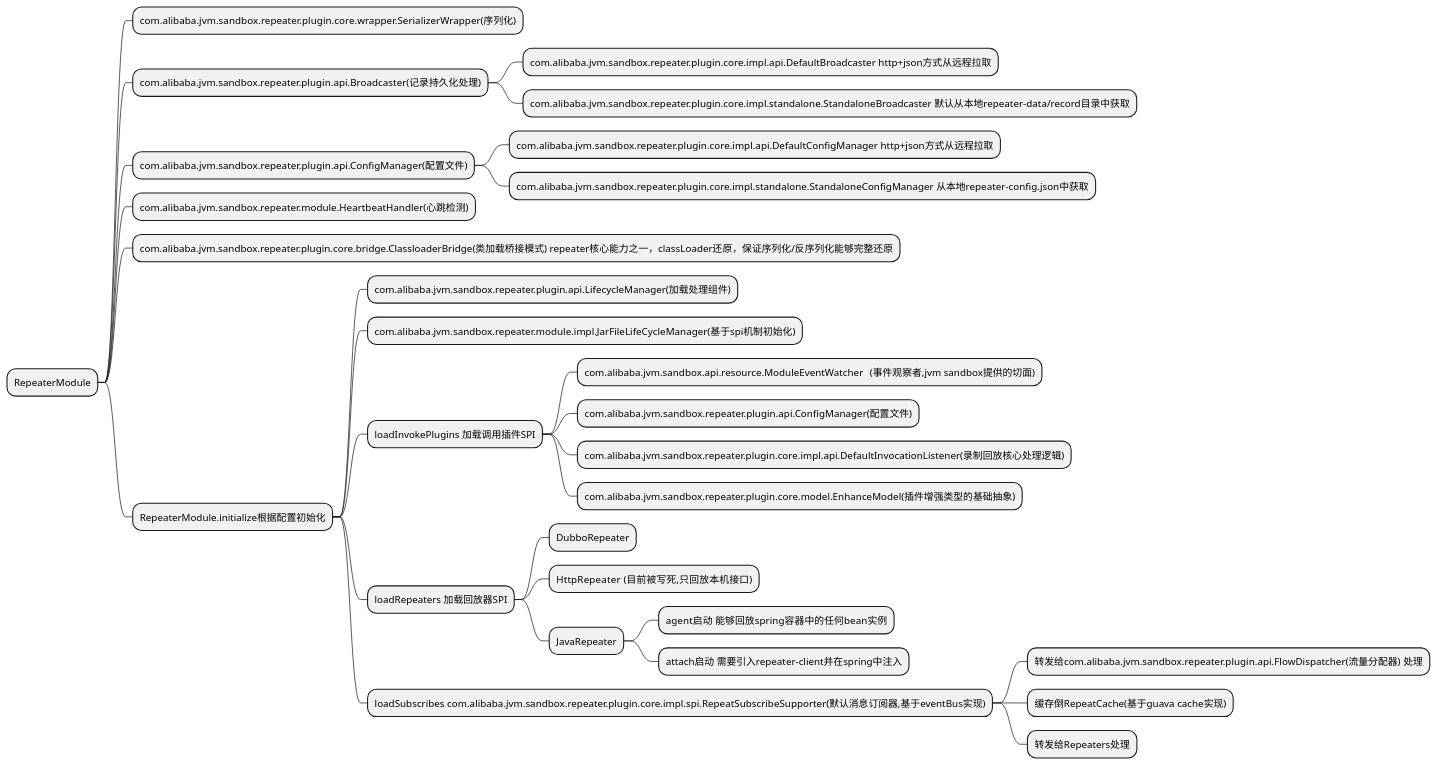
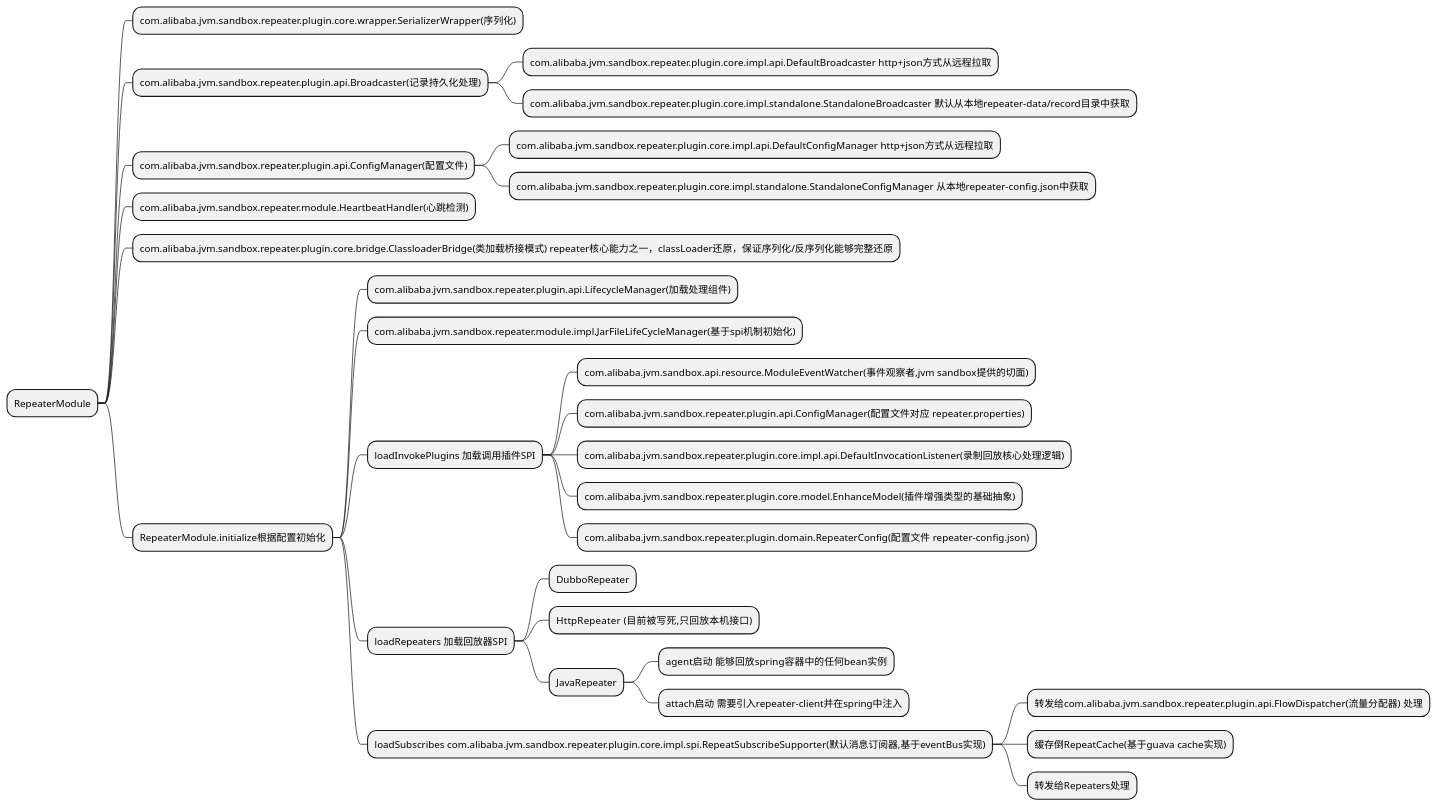
The diagram in code_note/repeater.puml (springCat/jvm-sandbox-repeater), drawn with PlantUML before and after one commit. The commit also changed 5 other files, not shown here.

```diff
--- a/code_note/repeater.puml
+++ b/code_note/repeater.puml
@@ -1,36 +1,42 @@
 @startmindmap
 * RepeaterModule
 
 ** com.alibaba.jvm.sandbox.repeater.plugin.core.wrapper.SerializerWrapper(序列化)
 
 ** com.alibaba.jvm.sandbox.repeater.plugin.api.Broadcaster(记录持久化处理)
 *** com.alibaba.jvm.sandbox.repeater.plugin.core.impl.api.DefaultBroadcaster http+json方式从远程拉取
 *** com.alibaba.jvm.sandbox.repeater.plugin.core.impl.standalone.StandaloneBroadcaster 默认从本地repeater-data/record目录中获取
 
 ** com.alibaba.jvm.sandbox.repeater.plugin.api.ConfigManager(配置文件)
 ***	com.alibaba.jvm.sandbox.repeater.plugin.core.impl.api.DefaultConfigManager http+json方式从远程拉取
 ***	com.alibaba.jvm.sandbox.repeater.plugin.core.impl.standalone.StandaloneConfigManager 从本地repeater-config.json中获取
 
 ** com.alibaba.jvm.sandbox.repeater.module.HeartbeatHandler(心跳检测)
 
 ** com.alibaba.jvm.sandbox.repeater.plugin.core.bridge.ClassloaderBridge(类加载桥接模式) repeater核心能力之一，classLoader还原，保证序列化/反序列化能够完整还原
 
 ** RepeaterModule.initialize根据配置初始化
+
 *** com.alibaba.jvm.sandbox.repeater.plugin.api.LifecycleManager(加载处理组件)
+
 ***	com.alibaba.jvm.sandbox.repeater.module.impl.JarFileLifeCycleManager(基于spi机制初始化)
+
 *** loadInvokePlugins 加载调用插件SPI
-**** com.alibaba.jvm.sandbox.api.resource.ModuleEventWatcher	(事件观察者,jvm sandbox提供的切面)
-**** com.alibaba.jvm.sandbox.repeater.plugin.api.ConfigManager(配置文件)
+**** com.alibaba.jvm.sandbox.api.resource.ModuleEventWatcher(事件观察者,jvm sandbox提供的切面)
+**** com.alibaba.jvm.sandbox.repeater.plugin.api.ConfigManager(配置文件对应 repeater.properties)
 **** com.alibaba.jvm.sandbox.repeater.plugin.core.impl.api.DefaultInvocationListener(录制回放核心处理逻辑)
 **** com.alibaba.jvm.sandbox.repeater.plugin.core.model.EnhanceModel(插件增强类型的基础抽象)
+**** com.alibaba.jvm.sandbox.repeater.plugin.domain.RepeaterConfig(配置文件 repeater-config.json)
+
 *** loadRepeaters 加载回放器SPI
 **** DubboRepeater
 **** HttpRepeater   (目前被写死,只回放本机接口)
 **** JavaRepeater
 ***** agent启动  能够回放spring容器中的任何bean实例
 ***** attach启动 需要引入repeater-client并在spring中注入
+
 *** loadSubscribes com.alibaba.jvm.sandbox.repeater.plugin.core.impl.spi.RepeatSubscribeSupporter(默认消息订阅器,基于eventBus实现)
 **** 转发给com.alibaba.jvm.sandbox.repeater.plugin.api.FlowDispatcher(流量分配器) 处理
 **** 缓存倒RepeatCache(基于guava cache实现)
 **** 转发给Repeaters处理
 @endmindmap
```
